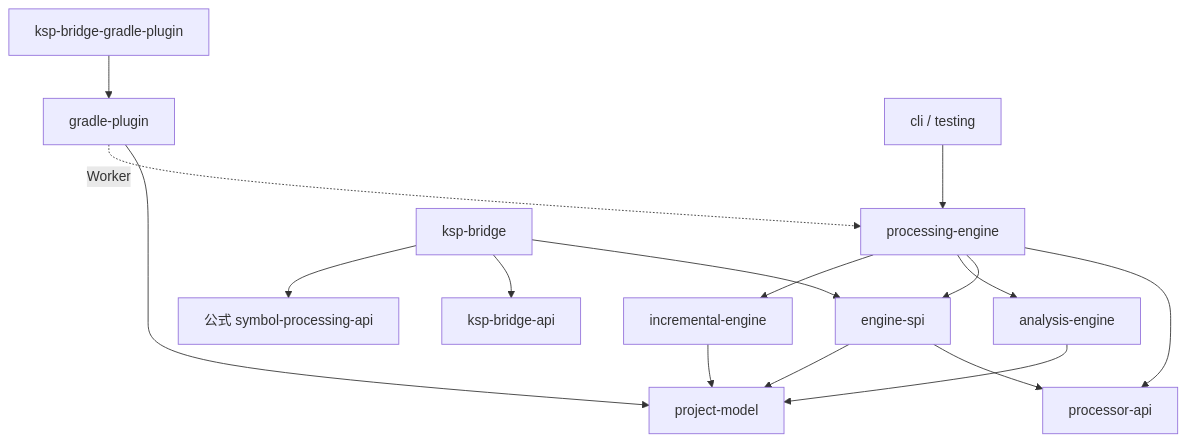
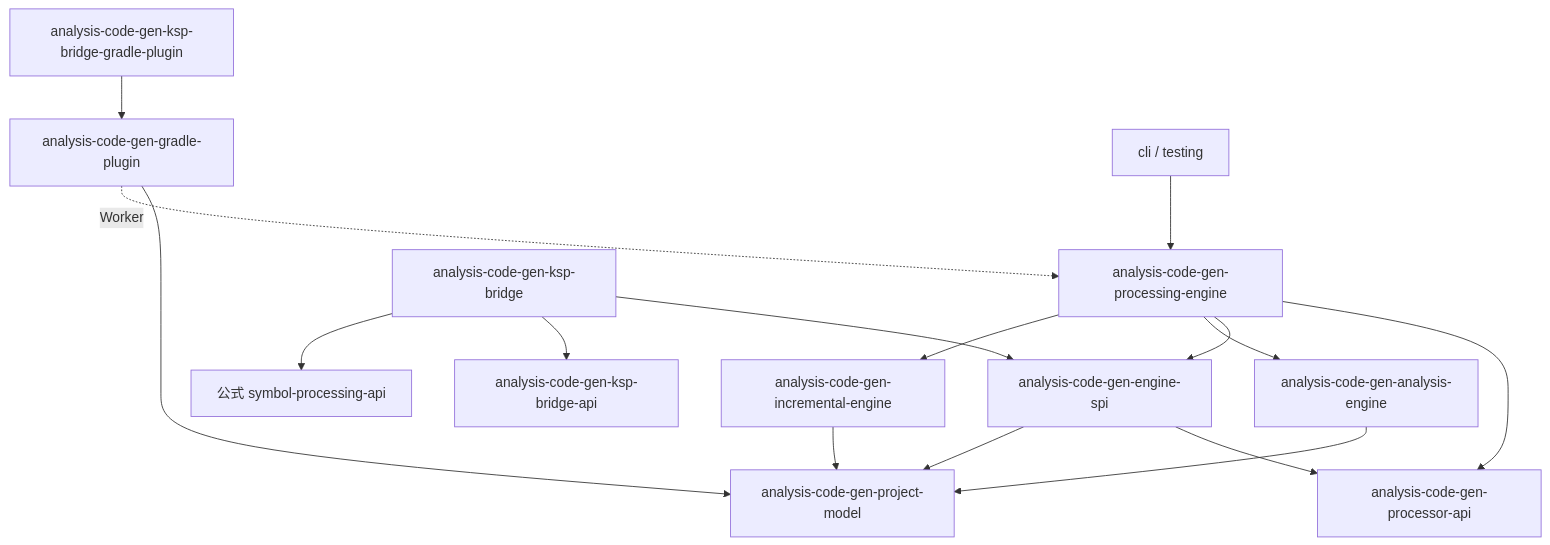
Before and after one commit to TBSten/analysis-code-gen: the diagram in docs/site/src/content/docs/internal/modules.mdx, drawn with Mermaid. The commit also changed other lines of this file and 169 other files, not shown here.

First line of the commit message:
chore: プロダクトモジュールを analysis-code-gen-xxx・group me.tbsten.analysis.code.gen に改名 [ACG-51]

````diff
--- a/docs/site/src/content/docs/internal/modules.mdx
+++ b/docs/site/src/content/docs/internal/modules.mdx
@@ -37,18 +37,18 @@
 ```mermaid
 flowchart TD
-    GP["gradle-plugin"] --> PM["project-model"]
-    GP -. "Worker" .-> PE["processing-engine"]
+    GP["analysis-code-gen-gradle-plugin"] --> PM["analysis-code-gen-project-model"]
+    GP -. "Worker" .-> PE["analysis-code-gen-processing-engine"]
     CLI["cli / testing"] --> PE
-    PE --> API["processor-api"]
-    PE --> SPI["engine-spi"]
-    PE --> AE["analysis-engine"]
-    PE --> IE["incremental-engine"]
+    PE --> API["analysis-code-gen-processor-api"]
+    PE --> SPI["analysis-code-gen-engine-spi"]
+    PE --> AE["analysis-code-gen-analysis-engine"]
+    PE --> IE["analysis-code-gen-incremental-engine"]
     SPI --> API
     SPI --> PM
     AE --> PM
     IE --> PM
-    BR["ksp-bridge"] --> SPI
-    BR --> BAPI["ksp-bridge-api"]
+    BR["analysis-code-gen-ksp-bridge"] --> SPI
+    BR --> BAPI["analysis-code-gen-ksp-bridge-api"]
     BR --> KSP["公式 symbol-processing-api"]
-    BGP["ksp-bridge-gradle-plugin"] --> GP
+    BGP["analysis-code-gen-ksp-bridge-gradle-plugin"] --> GP
 ```
````
